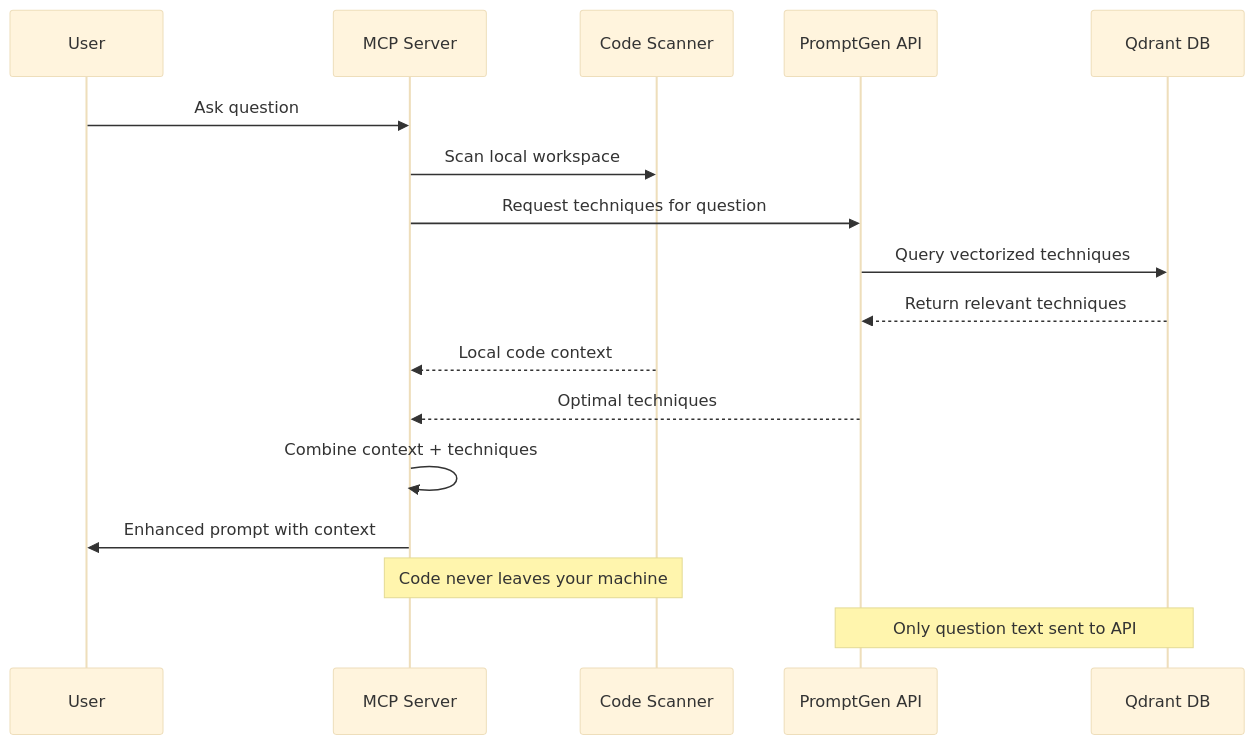
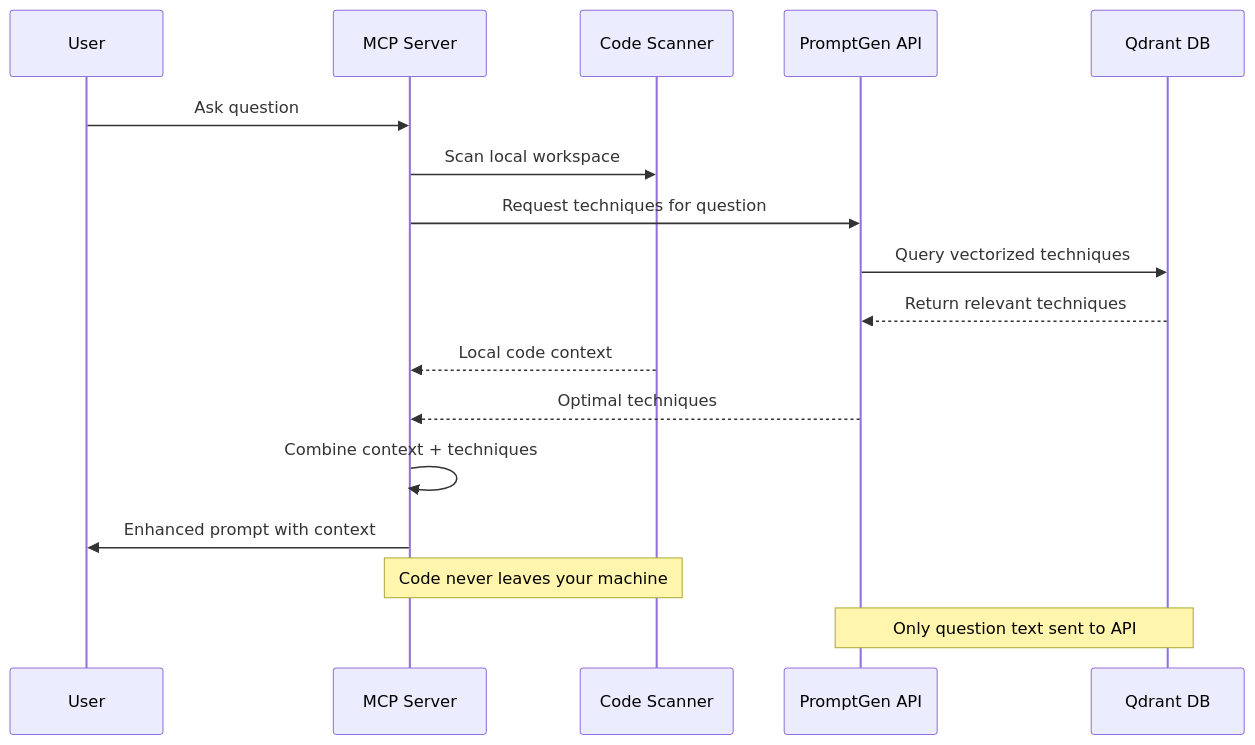
One commit to prompt-gen-mcp/prompt-gen-mcp changed the diagram in README.md. Above: the diagram before and after it, drawn with Mermaid. The commit also changed other lines of this file, not shown here.

Commit message:
Simplify Mermaid syntax - remove init directives and quotes from node labels

````diff
--- a/README.md
+++ b/README.md
@@ -147,22 +146,21 @@
 ```mermaid
-%%{init: {'theme':'base'}}%%
 sequenceDiagram
     participant U as User
     participant M as MCP Server
     participant C as Code Scanner
     participant P as PromptGen API
     participant Q as Qdrant DB
     
     U->>M: Ask question
     M->>C: Scan local workspace
     M->>P: Request techniques for question
     P->>Q: Query vectorized techniques
     Q-->>P: Return relevant techniques
     C-->>M: Local code context
     P-->>M: Optimal techniques
     M->>M: Combine context + techniques
     M->>U: Enhanced prompt with context
     
     Note over C,M: Code never leaves your machine
     Note over P,Q: Only question text sent to API
 ```
````
